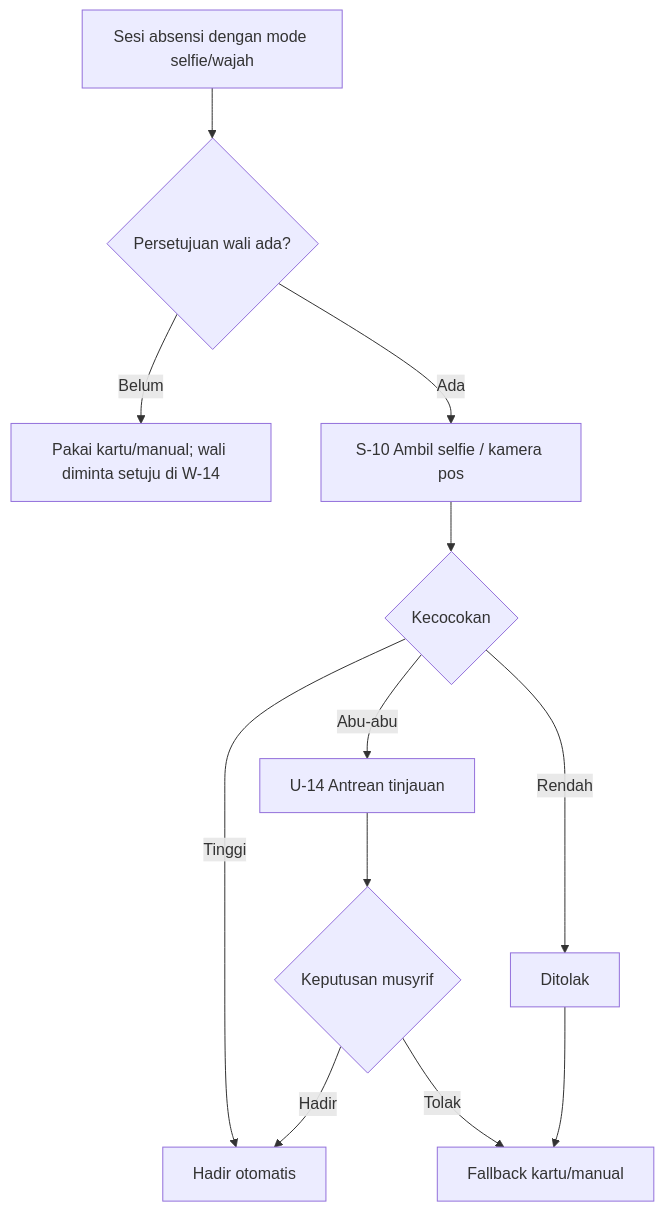
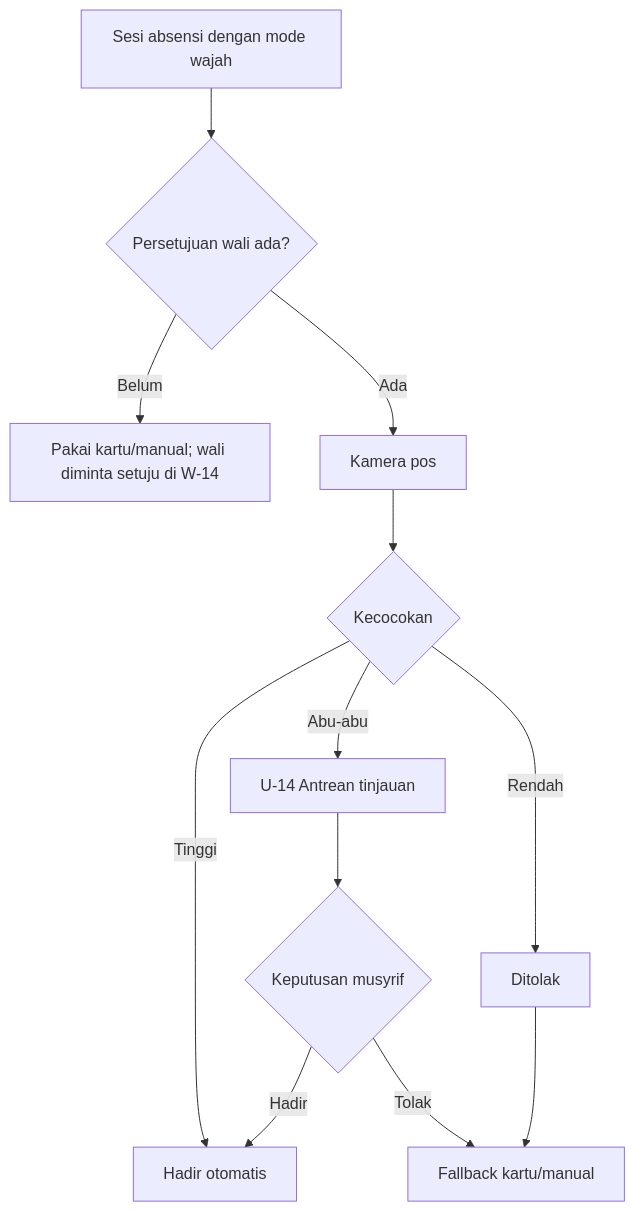
Before and after one commit to rezamahendraaa23/sanadapps: the ninth of 9 diagrams in PRD-UIUX-Pesantren.md, drawn with Mermaid. The commit also changed other lines of this file and 24 other files, not shown here.

````diff
--- a/PRD-UIUX-Pesantren.md
+++ b/PRD-UIUX-Pesantren.md
@@ -482,12 +482,12 @@
 ```mermaid
 flowchart TD
-    A[Sesi absensi dengan mode selfie/wajah] --> B{Persetujuan wali ada?}
+    A[Sesi absensi dengan mode wajah] --> B{Persetujuan wali ada?}
     B -->|Belum| X[Pakai kartu/manual; wali diminta setuju di W-14]
-    B -->|Ada| C[S-10 Ambil selfie / kamera pos]
+    B -->|Ada| C[Kamera pos]
     C --> D{Kecocokan}
     D -->|Tinggi| E[Hadir otomatis]
     D -->|Abu-abu| F[U-14 Antrean tinjauan] --> G{Keputusan musyrif}
     D -->|Rendah| H[Ditolak] --> I[Fallback kartu/manual]
     G -->|Hadir| E
     G -->|Tolak| I
 ```
````
